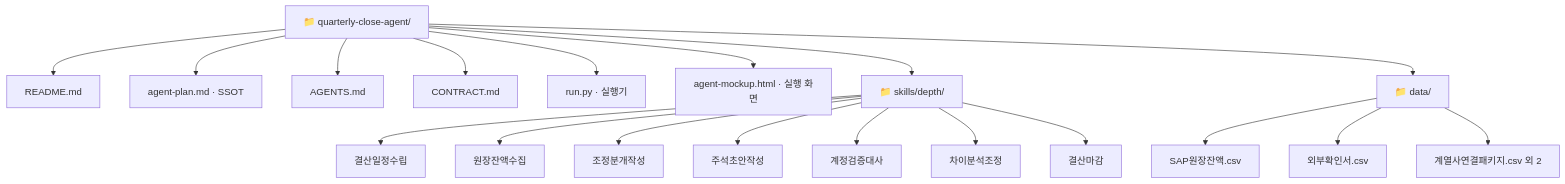
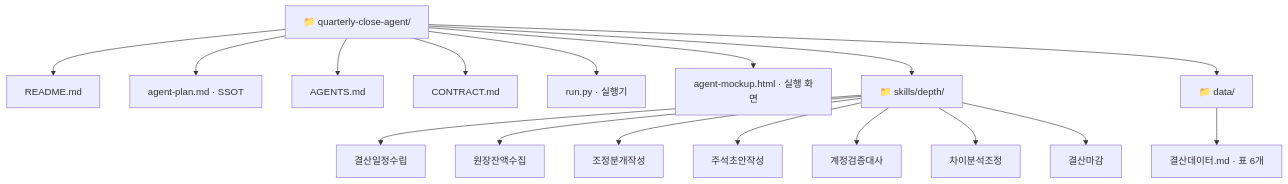
Before and after one commit to gbrinan/Jcurve_SKI: the second of 2 diagrams in examples/sample/quarterly-close-agent/agent-plan.md, drawn with Mermaid. The commit also changed other lines of this file and 26 other files, not shown here.

````diff
--- a/examples/sample/quarterly-close-agent/agent-plan.md
+++ b/examples/sample/quarterly-close-agent/agent-plan.md
@@ -113,22 +118,20 @@
 ```mermaid
 graph TD
   R["📁 quarterly-close-agent/"]
   R --> A["README.md"]
   R --> B["agent-plan.md · SSOT"]
   R --> C["AGENTS.md"]
   R --> D["CONTRACT.md"]
   R --> E["run.py · 실행기"]
   R --> F["agent-mockup.html · 실행 화면"]
   R --> S["📁 skills/depth/"]
   R --> T["📁 data/"]
   S --> S0["결산일정수립"]
   S --> S1["원장잔액수집"]
   S --> S2["조정분개작성"]
   S --> S3["주석초안작성"]
   S --> S4["계정검증대사"]
   S --> S5["차이분석조정"]
   S --> S6["결산마감"]
-  T --> TA["SAP원장잔액.csv"]
-  T --> TB["외부확인서.csv"]
-  T --> TC["계열사연결패키지.csv 외 2"]
+  T --> TA["결산데이터.md · 표 6개"]
 ```
````
